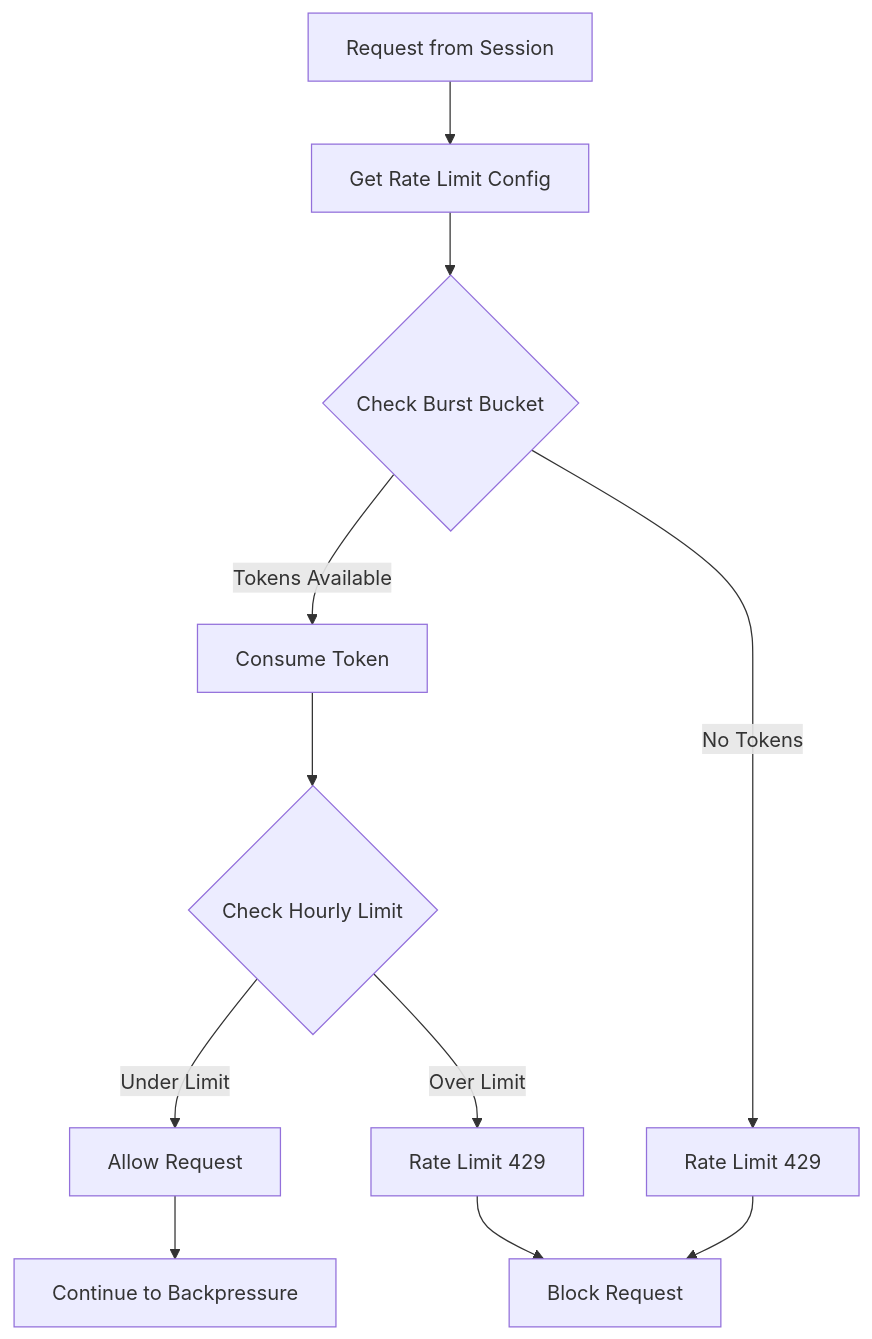
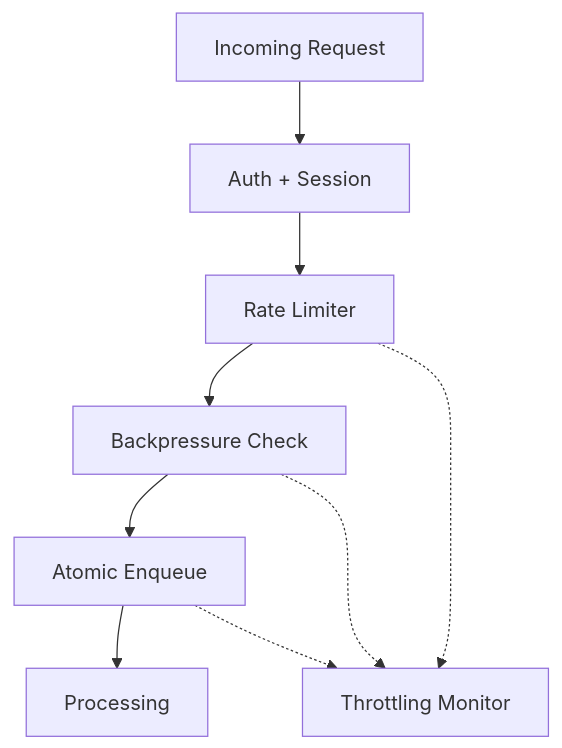
Before and after one commit to elenaviter/kdcube-ai-app: the first of 3 diagrams in app/ai-app/services/kdcube-ai-app/kdcube_ai_app/infra/gateway/gateway-README.md, drawn with Mermaid. The commit also changed other lines of this file and 55 other files, not shown here.

````diff
--- a/app/ai-app/services/kdcube-ai-app/kdcube_ai_app/infra/gateway/gateway-README.md
+++ b/app/ai-app/services/kdcube-ai-app/kdcube_ai_app/infra/gateway/gateway-README.md
@@ -69,13 +16,12 @@
 ```mermaid
 graph TD
-    A[Request from Session] --> B[Get Rate Limit Config]
-    B --> C{Check Burst Bucket}
-    C -->|Tokens Available| D[Consume Token]
-    C -->|No Tokens| E[Rate Limit 429]
-    D --> F{Check Hourly Limit}
-    F -->|Under Limit| G[Allow Request]
-    F -->|Over Limit| H[Rate Limit 429]
-    G --> I[Continue to Backpressure]
-    E --> J[Block Request]
-    H --> J
+  REQ[Incoming Request] --> AUTH[Auth + Session]
+  AUTH --> RL[Rate Limiter]
+  RL --> BP[Backpressure Check]
+  BP --> ENQ[Atomic Enqueue]
+  ENQ --> PROC[Processing]
+
+  RL -.-> THR[Throttling Monitor]
+  BP -.-> THR
+  ENQ -.-> THR
 ```
````
